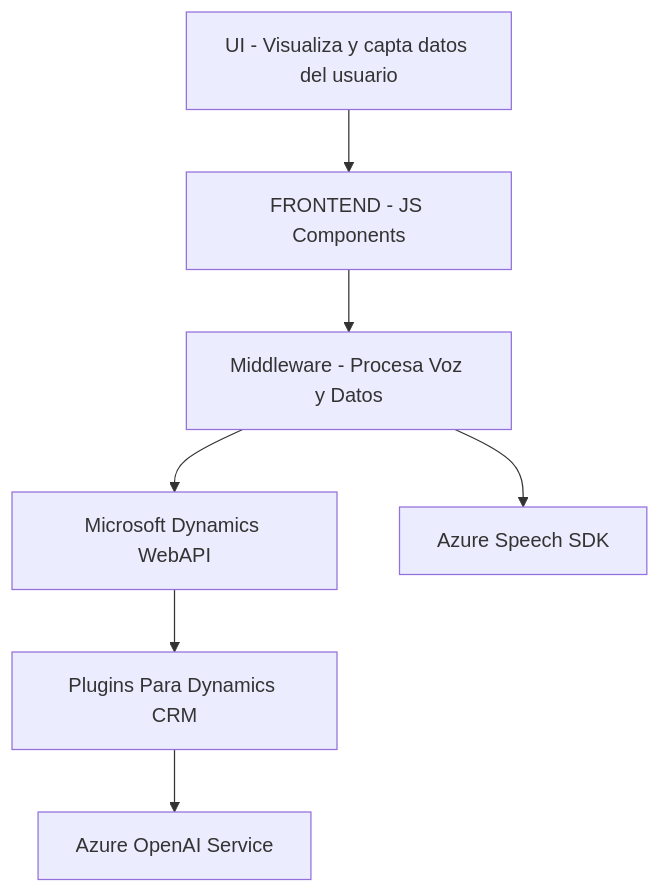
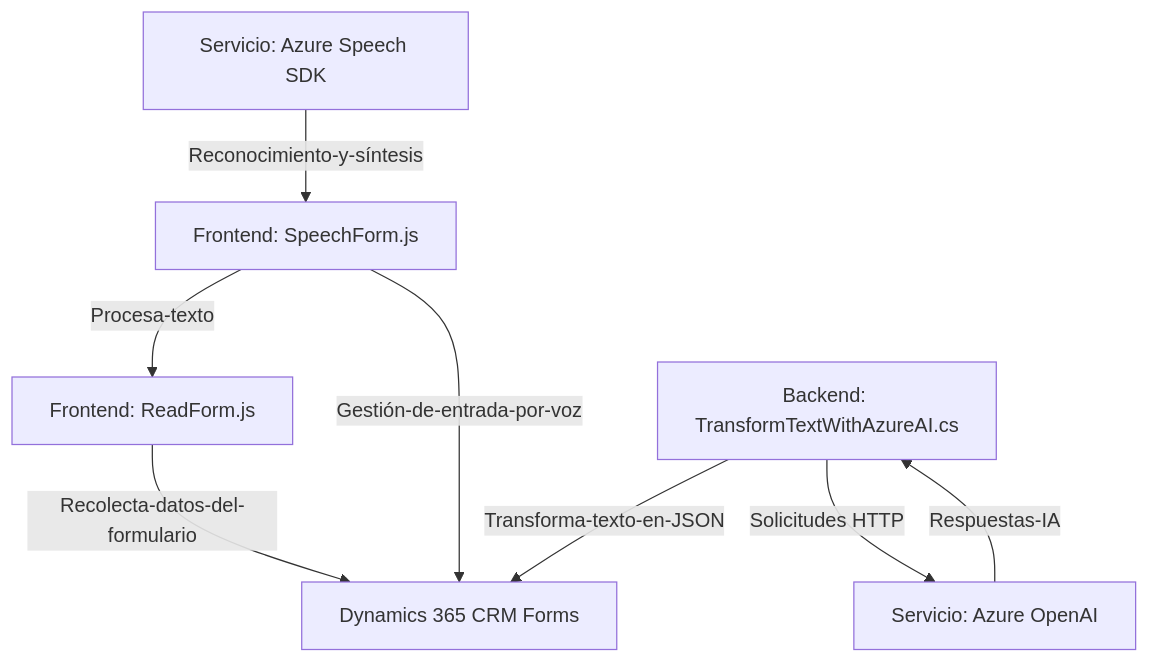
The diagram in README.md (blopezdm/NETCORE_BILBAO2025), drawn with Mermaid before and after one commit. The commit also changed other lines of this file, not shown here.

````diff
--- a/README.md
+++ b/README.md
@@ -54,17 +42,17 @@
 ```mermaid
 graph TD
-    A["UI - Visualiza y capta datos del usuario"]
-    B["FRONTEND - JS Components"]
-    C["Middleware - Procesa Voz y Datos"]
-    D["Plugins Para Dynamics CRM"]
-    E["Microsoft Dynamics WebAPI"]
-    F["Azure OpenAI Service"]
-    G["Azure Speech SDK"]
-    
-    A --> B
-    B --> C
-    C --> G
-    C --> E
-    E --> D
-    D --> F
+    A["Frontend: ReadForm.js"]
+    B["Frontend: SpeechForm.js"]
+    C["Backend: TransformTextWithAzureAI.cs"]
+    D["Servicio: Azure Speech SDK"]
+    E["Servicio: Azure OpenAI"]
+    F["Dynamics 365 CRM Forms"]
+
+    A -->|Recolecta-datos-del-formulario| F
+    B -->|Gestión-de-entrada-por-voz| F
+    D -->|Reconocimiento-y-síntesis| B
+    B -->|Procesa-texto| A
+    C -->|Transforma-texto-en-JSON| F
+    C -->|Solicitudes HTTP| E
+    E -->|Respuestas-IA| C
 ```
````
